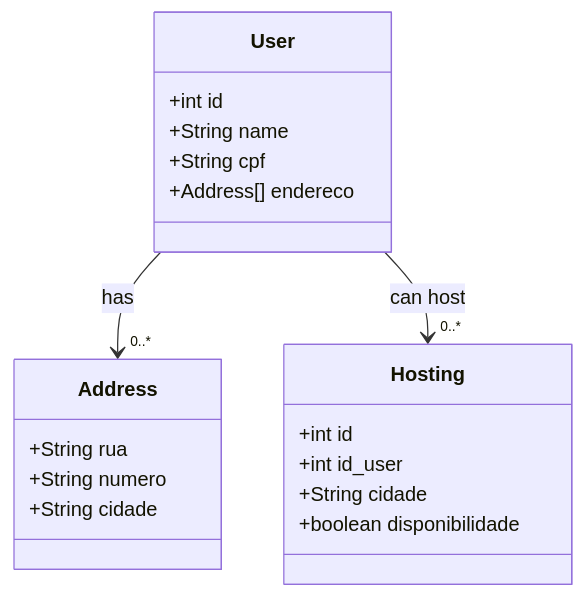
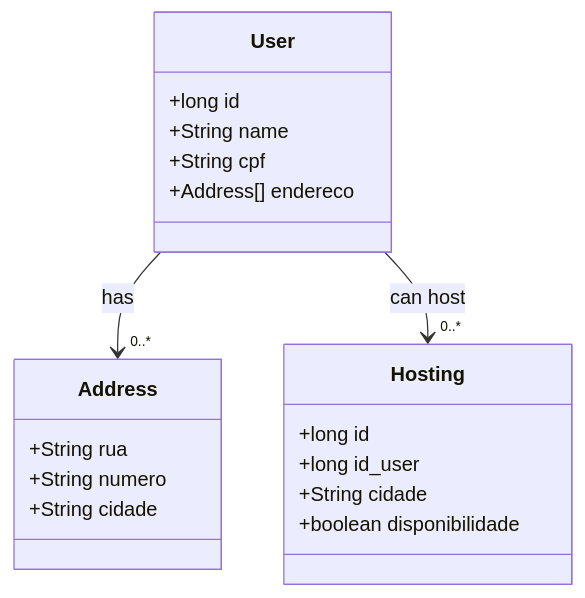
One commit to brunopaz8/Hosting-system changed the diagram in README.md. Above: the diagram before and after it, drawn with Mermaid.

````diff
--- a/README.md
+++ b/README.md
@@ -2,25 +2,25 @@
 ```mermaid
 classDiagram
     class User {
-        +int id
+        +long id
         +String name
         +String cpf
         +Address[] endereco
     }
 
     class Address {
         +String rua
         +String numero
         +String cidade
     }
 
     class Hosting {
-        +int id
-        +int id_user
+        +long id
+        +long id_user
         +String cidade
         +boolean disponibilidade
     }
 
     User --> "0..*" Address : has
     User --> "0..*" Hosting : can host
 ```
````
